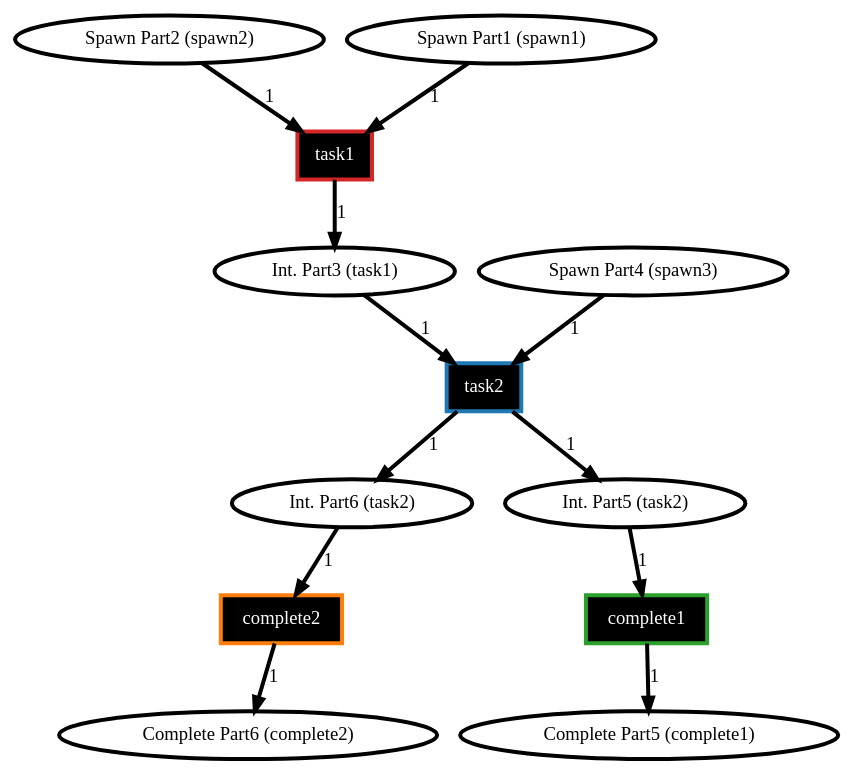
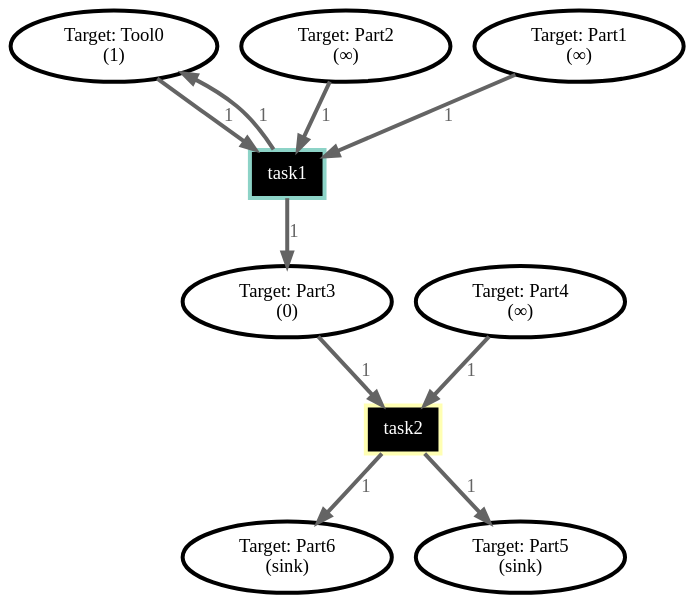
One commit to Wisc-HCI/allocobot changed the diagram in basic.dot. Above: the diagram before and after it, drawn with Graphviz. The commit also changed 14 other files, not shown here.

```diff
--- a/basic.dot
+++ b/basic.dot
@@ -1,38 +1,31 @@
 digraph Job_1 {
-// Place Int. Part6 (task2)
-	307790188946364932788912843437583014548 [label="Int. Part6 (task2)",style=filled,fillcolor="#FFFFFF",penwidth=3];
-// Place Complete Part5 (complete1)
-	168348448859186881294050846221836909186 [label="Complete Part5 (complete1)",style=filled,fillcolor="#FFFFFF",penwidth=3];
-// Place Spawn Part2 (spawn2)
-	206132300417362040782814099587115970069 [label="Spawn Part2 (spawn2)",style=filled,fillcolor="#FFFFFF",penwidth=3];
-// Place Spawn Part1 (spawn1)
-	29402616274774162396875940427114218310 [label="Spawn Part1 (spawn1)",style=filled,fillcolor="#FFFFFF",penwidth=3];
-// Place Complete Part6 (complete2)
-	261999629232151607839474799225425085778 [label="Complete Part6 (complete2)",style=filled,fillcolor="#FFFFFF",penwidth=3];
-// Place Int. Part3 (task1)
-	118040649044161235406705543319485849814 [label="Int. Part3 (task1)",style=filled,fillcolor="#FFFFFF",penwidth=3];
-// Place Spawn Part4 (spawn3)
-	179238408374423402210785531099835588665 [label="Spawn Part4 (spawn3)",style=filled,fillcolor="#FFFFFF",penwidth=3];
-// Place Int. Part5 (task2)
-	125244899020855449088186689320671217960 [label="Int. Part5 (task2)",style=filled,fillcolor="#FFFFFF",penwidth=3];
+bgcolor="transparent"
+// Place Target: Tool0
+	179214591795702808993537384894301144054 [label="Target: Tool0\n(1)",style=filled,fillcolor="#FFFFFF",color="#000000",penwidth=3];
+// Place Target: Part3
+	112793386855085565228497372816172559599 [label="Target: Part3\n(0)",style=filled,fillcolor="#FFFFFF",color="#000000",penwidth=3];
+// Place Target: Part2
+	33533242782556272884517981640497718109 [label="Target: Part2\n(∞)",style=filled,fillcolor="#FFFFFF",color="#000000",penwidth=3];
+// Place Target: Part1
+	260776303957102142882329355296155488864 [label="Target: Part1\n(∞)",style=filled,fillcolor="#FFFFFF",color="#000000",penwidth=3];
+// Place Target: Part6
+	265002305345402223420795949838394384866 [label="Target: Part6\n(sink)",style=filled,fillcolor="#FFFFFF",color="#000000",penwidth=3];
+// Place Target: Part5
+	139655719684419810416271828914955368804 [label="Target: Part5\n(sink)",style=filled,fillcolor="#FFFFFF",color="#000000",penwidth=3];
+// Place Target: Part4
+	303611949466466063129741791023604114889 [label="Target: Part4\n(∞)",style=filled,fillcolor="#FFFFFF",color="#000000",penwidth=3];
+// Transition task1
+	180455248433408089518413579767362111023 [label="task1",shape=box,style=filled,fillcolor="#000000",fontcolor="#FFFFFF",color="#8DD3C7",penwidth=3];
 // Transition task2
-	154171668168412175603150017946216013204 [label="task2",shape=box,style=filled,fillcolor="#000000",fontcolor="#FFFFFF",color="#1F77B4",penwidth=3];
-// Transition complete2
-	239169949707543033448997077869586547192 [label="complete2",shape=box,style=filled,fillcolor="#000000",fontcolor="#FFFFFF",color="#FF7F0E",penwidth=3];
-// Transition complete1
-	127535771673013352761591959787410124733 [label="complete1",shape=box,style=filled,fillcolor="#000000",fontcolor="#FFFFFF",color="#2CA02C",penwidth=3];
-// Transition task1
-	220224905875699888848863235993726904392 [label="task1",shape=box,style=filled,fillcolor="#000000",fontcolor="#FFFFFF",color="#D62728",penwidth=3];
-	118040649044161235406705543319485849814 -> 154171668168412175603150017946216013204 [label="1",color="#000000",penwidth=3];
-	179238408374423402210785531099835588665 -> 154171668168412175603150017946216013204 [label="1",color="#000000",penwidth=3];
-	154171668168412175603150017946216013204 -> 125244899020855449088186689320671217960 [label="1",color="#000000",penwidth=3];
-	154171668168412175603150017946216013204 -> 307790188946364932788912843437583014548 [label="1",color="#000000",penwidth=3];
-	307790188946364932788912843437583014548 -> 239169949707543033448997077869586547192 [label="1",color="#000000",penwidth=3];
-	239169949707543033448997077869586547192 -> 261999629232151607839474799225425085778 [label="1",color="#000000",penwidth=3];
-	125244899020855449088186689320671217960 -> 127535771673013352761591959787410124733 [label="1",color="#000000",penwidth=3];
-	127535771673013352761591959787410124733 -> 168348448859186881294050846221836909186 [label="1",color="#000000",penwidth=3];
-	29402616274774162396875940427114218310 -> 220224905875699888848863235993726904392 [label="1",color="#000000",penwidth=3];
-	206132300417362040782814099587115970069 -> 220224905875699888848863235993726904392 [label="1",color="#000000",penwidth=3];
-	220224905875699888848863235993726904392 -> 118040649044161235406705543319485849814 [label="1",color="#000000",penwidth=3];
+	248602884663541933285509853745386175454 [label="task2",shape=box,style=filled,fillcolor="#000000",fontcolor="#FFFFFF",color="#FFFFB3",penwidth=3];
+	33533242782556272884517981640497718109 -> 180455248433408089518413579767362111023 [label="1",color="#646464",fontcolor="#646464",penwidth=3];
+	179214591795702808993537384894301144054 -> 180455248433408089518413579767362111023 [label="1",color="#646464",fontcolor="#646464",penwidth=3];
+	260776303957102142882329355296155488864 -> 180455248433408089518413579767362111023 [label="1",color="#646464",fontcolor="#646464",penwidth=3];
+	180455248433408089518413579767362111023 -> 112793386855085565228497372816172559599 [label="1",color="#646464",fontcolor="#646464",penwidth=3];
+	180455248433408089518413579767362111023 -> 179214591795702808993537384894301144054 [label="1",color="#646464",fontcolor="#646464",penwidth=3];
+	303611949466466063129741791023604114889 -> 248602884663541933285509853745386175454 [label="1",color="#646464",fontcolor="#646464",penwidth=3];
+	112793386855085565228497372816172559599 -> 248602884663541933285509853745386175454 [label="1",color="#646464",fontcolor="#646464",penwidth=3];
+	248602884663541933285509853745386175454 -> 139655719684419810416271828914955368804 [label="1",color="#646464",fontcolor="#646464",penwidth=3];
+	248602884663541933285509853745386175454 -> 265002305345402223420795949838394384866 [label="1",color="#646464",fontcolor="#646464",penwidth=3];
 overlap=false
 }
```
